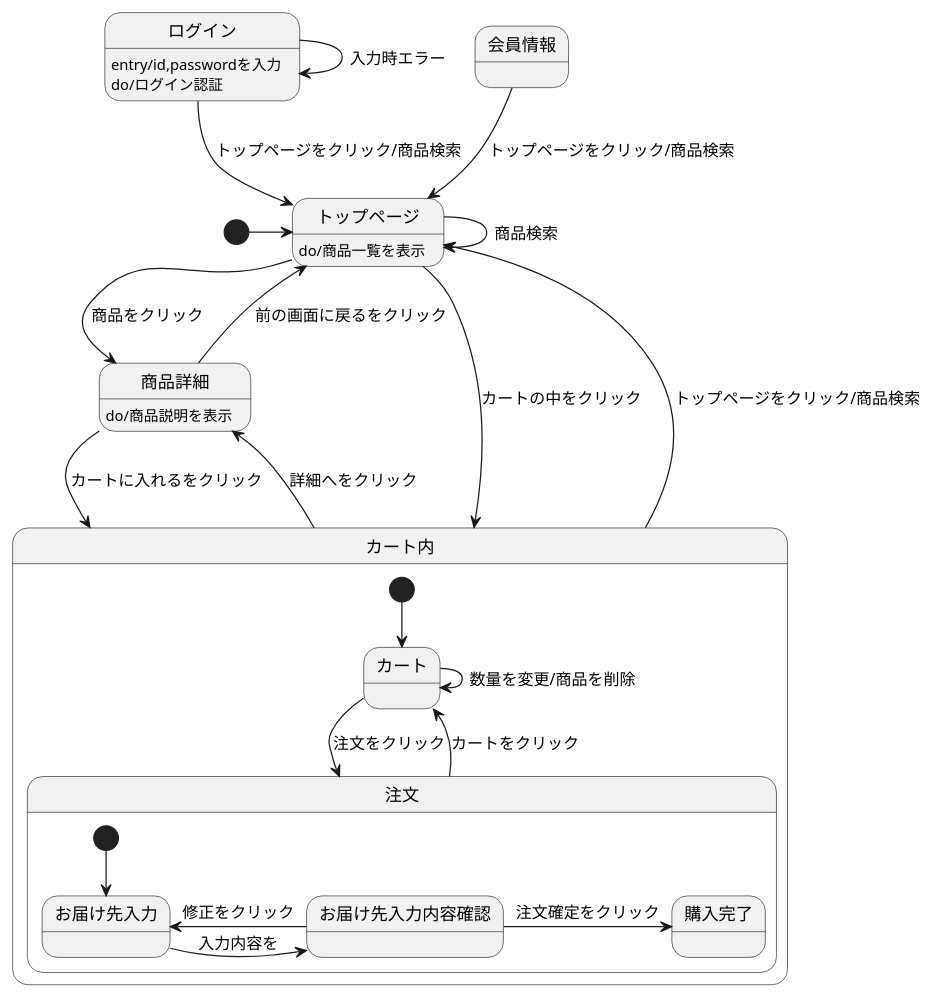
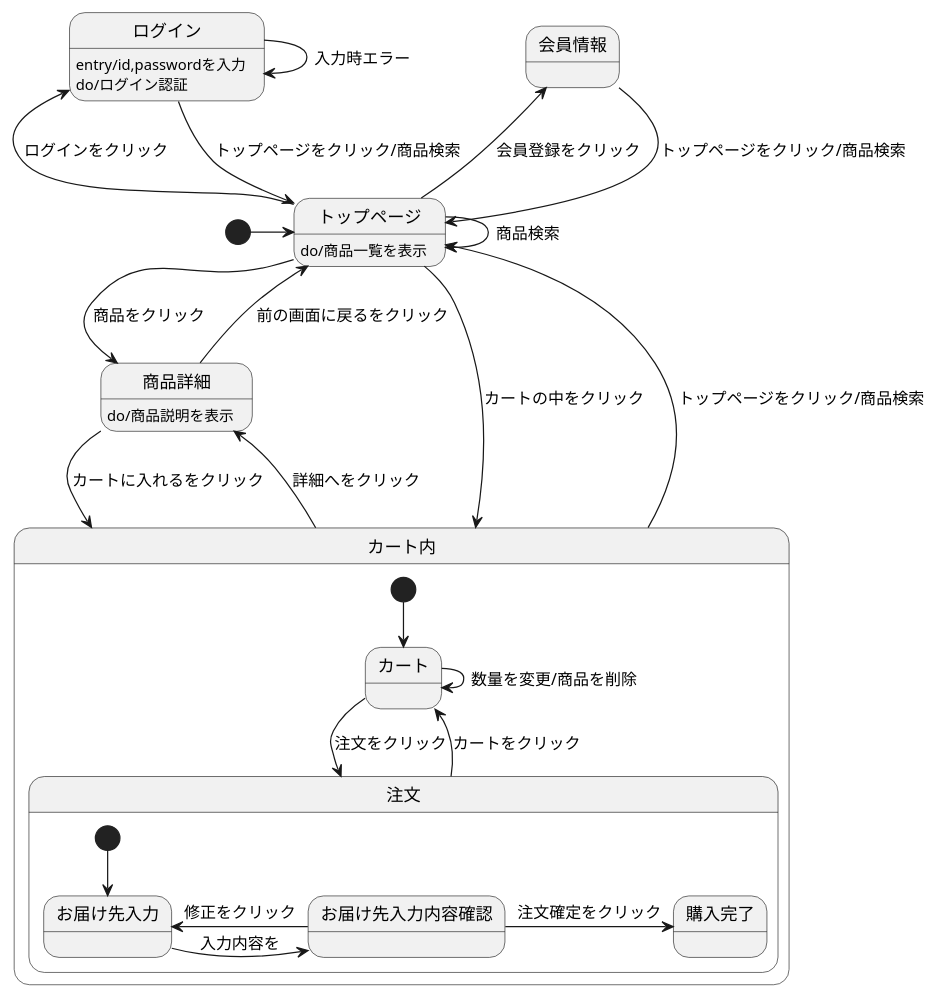
One commit to Aso2001195/2021sys-design changed the diagram in kadai7.md. Above: the diagram before and after it, drawn with PlantUML.

````diff
--- a/kadai7.md
+++ b/kadai7.md
@@ -1,32 +1,34 @@
 ```uml
 @startuml
 [*] -> トップページ
 会員情報 --> トップページ :トップページをクリック/商品検索
 ログイン --> トップページ :トップページをクリック/商品検索
 ログイン :entry/id,passwordを入力
 ログイン :do/ログイン認証
 ログイン -> ログイン :入力時エラー
 トップページ -> トップページ :商品検索
 トップページ -> 商品詳細 :商品をクリック
+トップページ -left-> 会員情報 :会員登録をクリック
+トップページ -left-> ログイン :ログインをクリック
 トップページ -> カート内 :カートの中をクリック
 トップページ : do/商品一覧を表示
 商品詳細 --> カート内 :カートに入れるをクリック
 商品詳細 --> トップページ :前の画面に戻るをクリック
 商品詳細 :do/商品説明を表示
 カート内 -up-> トップページ :トップページをクリック/商品検索
 カート内 ->商品詳細 :詳細へをクリック
 
 state カート内{
 [*] --> カート
 カート -> 注文 :注文をクリック
 カート -> カート :数量を変更/商品を削除
 注文 --> カート :カートをクリック
 state 注文{
  [*] --> お届け先入力
  お届け先入力 -> お届け先入力内容確認 :入力内容を
  お届け先入力内容確認 -> お届け先入力 :修正をクリック
  お届け先入力内容確認 -> 購入完了 :注文確定をクリック
  }
 }
 @enduml
 ```
````
